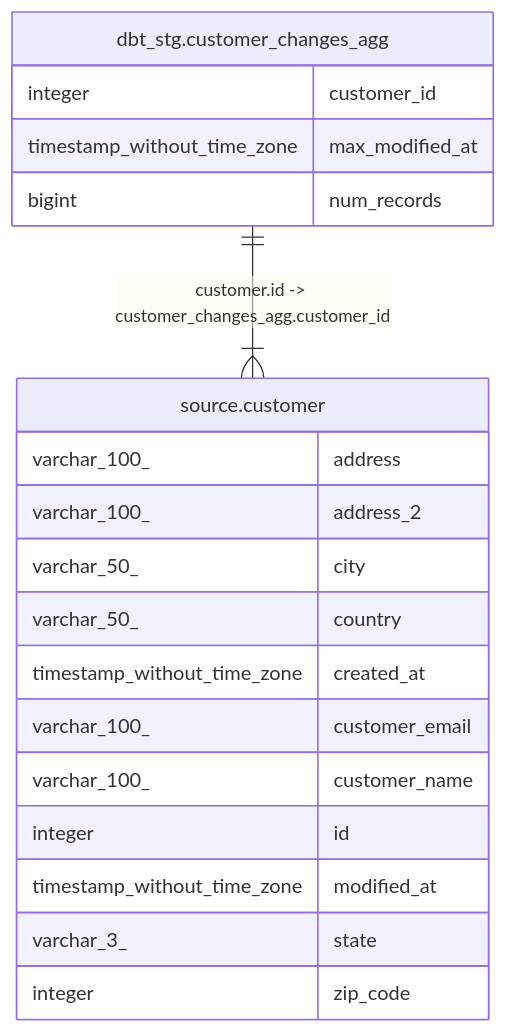
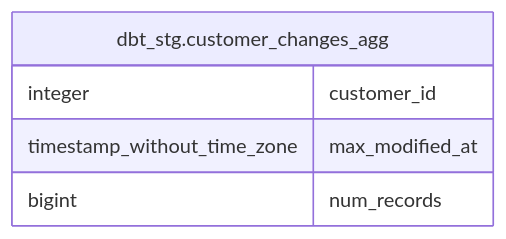
The diagram in tbls/dbt_stg.customer_changes_agg.md (jyablonski/jyablonski_kimball_example), drawn with Mermaid before and after one commit. The commit also changed other lines of this file and 8 other files, not shown here.

````diff
--- a/tbls/dbt_stg.customer_changes_agg.md
+++ b/tbls/dbt_stg.customer_changes_agg.md
@@ -15,24 +15,10 @@
 ```mermaid
 erDiagram
 
-"dbt_stg.customer_changes_agg" ||--|{ "source.customer" : "customer.id -> customer_changes_agg.customer_id"
 
 "dbt_stg.customer_changes_agg" {
   integer customer_id
   timestamp_without_time_zone max_modified_at
   bigint num_records
 }
-"source.customer" {
-  varchar_100_ address
-  varchar_100_ address_2
-  varchar_50_ city
-  varchar_50_ country
-  timestamp_without_time_zone created_at
-  varchar_100_ customer_email
-  varchar_100_ customer_name
-  integer id
-  timestamp_without_time_zone modified_at
-  varchar_3_ state
-  integer zip_code
-}
 ```
````
